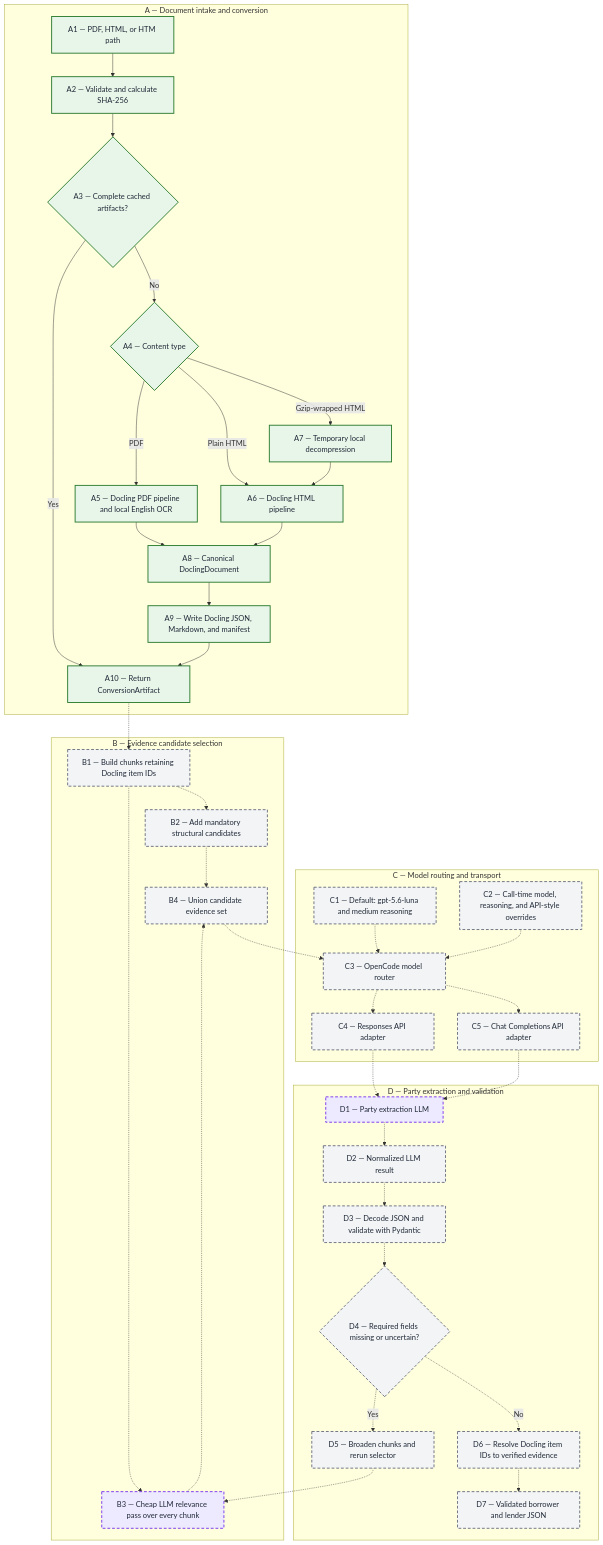
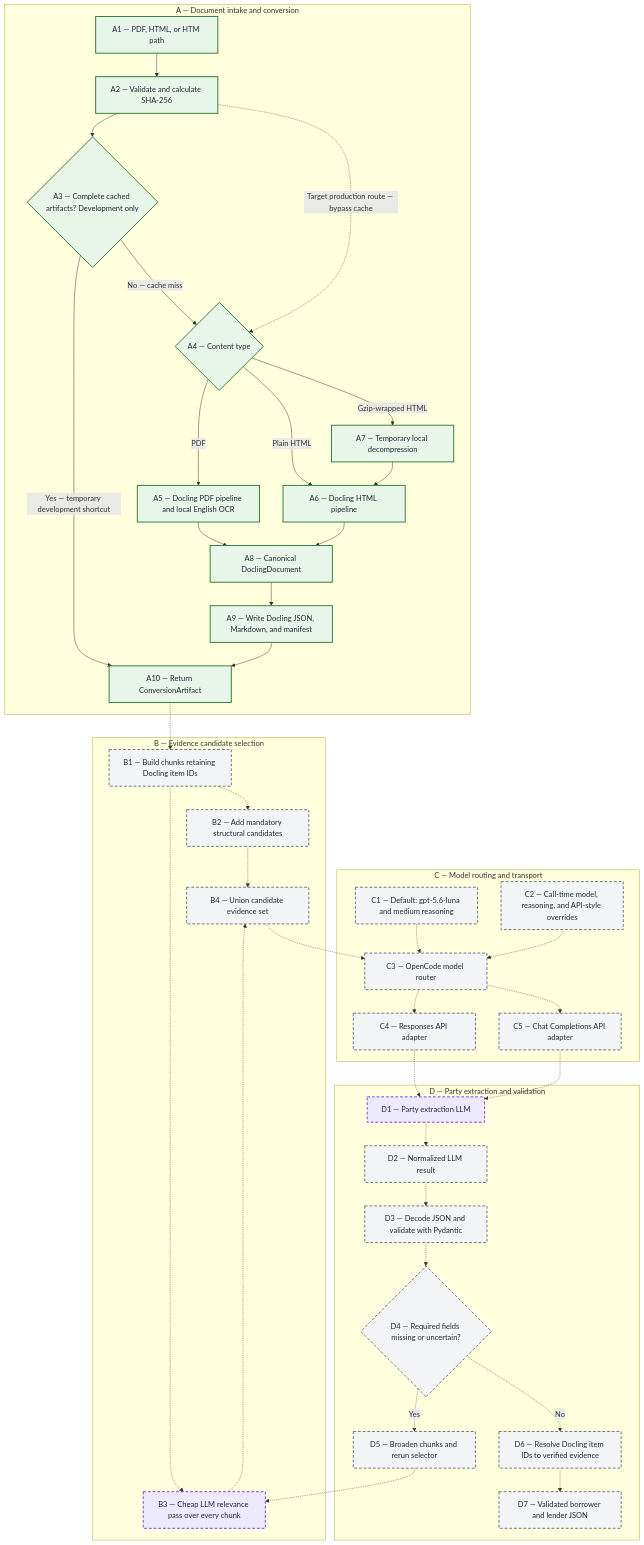
Before and after one commit to Ashrit-K/credit-agreement-parsing: the diagram in docs/conversion_pipeline.md, drawn with Mermaid. The commit also changed other lines of this file, not shown here.

Commit message:
docs: mark conversion cache as temporary

````diff
--- a/docs/conversion_pipeline.md
+++ b/docs/conversion_pipeline.md
@@ -76,71 +82,72 @@
 ```mermaid
 flowchart TD
     subgraph A_GROUP["A — Document intake and conversion"]
         A1[A1 — PDF, HTML, or HTM path] --> A2[A2 — Validate and calculate SHA-256]
-        A2 --> A3{A3 — Complete cached artifacts?}
-        A3 -->|Yes| A10[A10 — Return ConversionArtifact]
-        A3 -->|No| A4{A4 — Content type}
+        A2 --> A3{A3 — Complete cached artifacts? Development only}
+        A3 -->|Yes — temporary development shortcut| A10[A10 — Return ConversionArtifact]
+        A3 -->|No — cache miss| A4{A4 — Content type}
+        A2 -.->|Target production route — bypass cache| A4
         A4 -->|PDF| A5[A5 — Docling PDF pipeline and local English OCR]
         A4 -->|Plain HTML| A6[A6 — Docling HTML pipeline]
         A4 -->|Gzip-wrapped HTML| A7[A7 — Temporary local decompression]
         A7 --> A6
         A5 --> A8[A8 — Canonical DoclingDocument]
         A6 --> A8
         A8 --> A9[A9 — Write Docling JSON, Markdown, and manifest]
         A9 --> A10
     end
 
     subgraph B_GROUP["B — Evidence candidate selection"]
         B1[B1 — Build chunks retaining Docling item IDs]
         B2[B2 — Add mandatory structural candidates]
         B3[B3 — Cheap LLM relevance pass over every chunk]
         B4[B4 — Union candidate evidence set]
         B1 -.-> B2
         B1 -.-> B3
         B2 -.-> B4
         B3 -.-> B4
     end
 
     subgraph C_GROUP["C — Model routing and transport"]
         C1[C1 — Default: gpt-5.6-luna and medium reasoning]
         C2[C2 — Call-time model, reasoning, and API-style overrides]
         C3[C3 — OpenCode model router]
         C4[C4 — Responses API adapter]
         C5[C5 — Chat Completions API adapter]
         C1 -.-> C3
         C2 -.-> C3
         C3 -.-> C4
         C3 -.-> C5
     end
 
     subgraph D_GROUP["D — Party extraction and validation"]
         D1[D1 — Party extraction LLM]
         D2[D2 — Normalized LLM result]
         D3[D3 — Decode JSON and validate with Pydantic]
         D4{D4 — Required fields missing or uncertain?}
         D5[D5 — Broaden chunks and rerun selector]
         D6[D6 — Resolve Docling item IDs to verified evidence]
         D7[D7 — Validated borrower and lender JSON]
         D1 -.-> D2
         D2 -.-> D3
         D3 -.-> D4
         D4 -.->|Yes| D5
         D4 -.->|No| D6
         D6 -.-> D7
     end
 
     A10 -.-> B1
     B4 -.-> C3
     C4 -.-> D1
     C5 -.-> D1
     D5 -.-> B3
 
     classDef implemented fill:#e8f5e9,stroke:#2e7d32,stroke-width:2px,color:#1f2937;
     classDef pending fill:#f3f4f6,stroke:#6b7280,stroke-width:2px,stroke-dasharray:6 4,color:#1f2937;
     classDef cognitiveImplemented fill:#ede9fe,stroke:#7c3aed,stroke-width:2px,color:#1f2937;
     classDef cognitivePending fill:#ede9fe,stroke:#7c3aed,stroke-width:2px,stroke-dasharray:6 4,color:#1f2937;
 
     class A1,A2,A3,A4,A5,A6,A7,A8,A9,A10 implemented;
     class B1,B2,B4,C1,C2,C3,C4,C5,D2,D3,D4,D5,D6,D7 pending;
     class B3,D1 cognitivePending;
 ```
````
